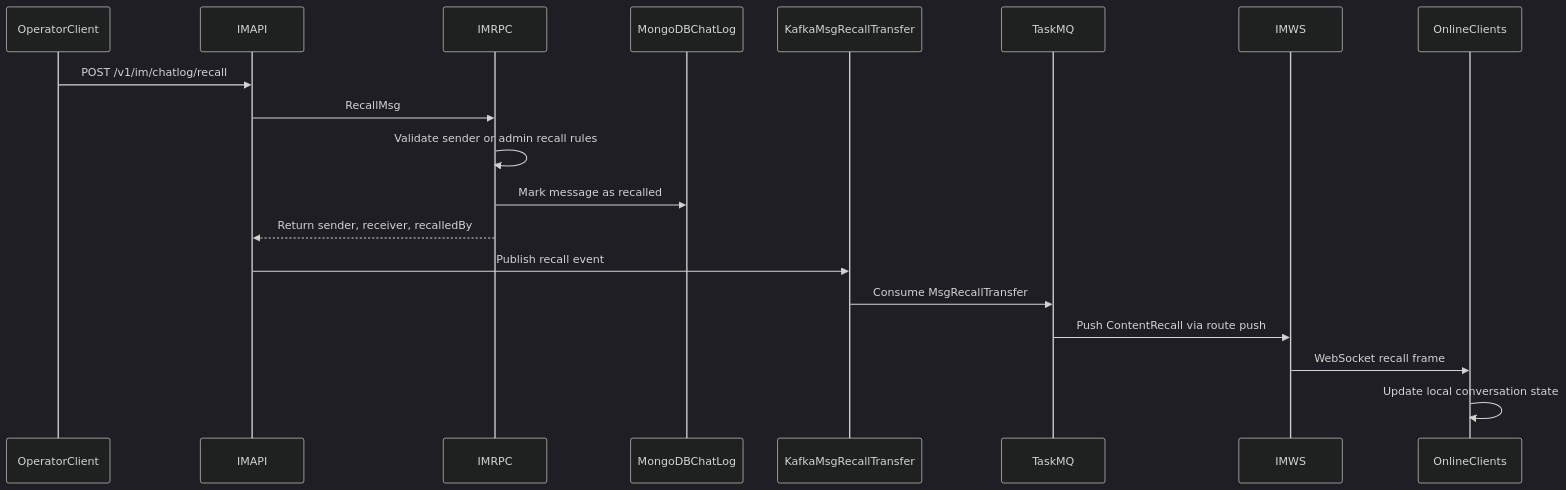
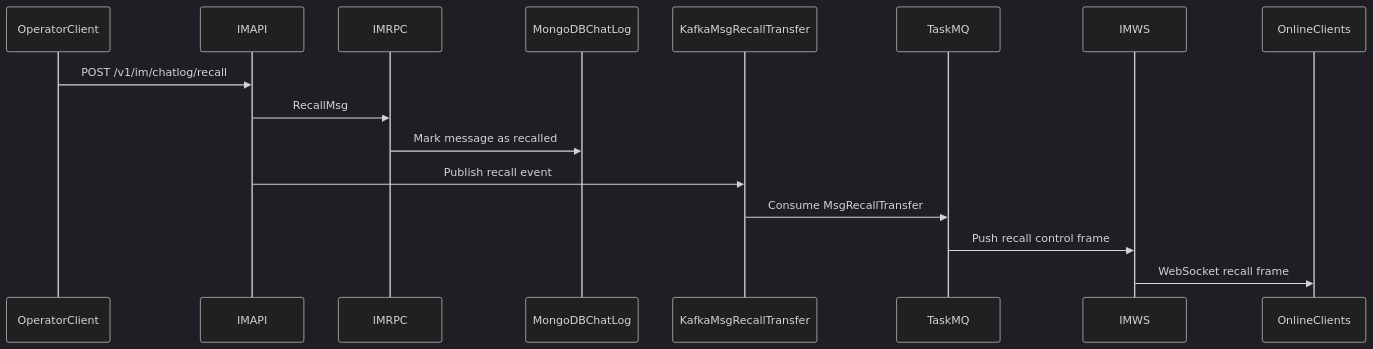
Before and after one commit to iceymoss/go-hichat-api: the third of 4 diagrams in README.md, drawn with Mermaid (dark theme). The commit also changed other lines of this file and 1 other file, not shown here.

Commit message:
docs: improve README architecture overview

````diff
--- a/README.md
+++ b/README.md
@@ -267,13 +131,10 @@
 ```mermaid
 sequenceDiagram
   OperatorClient->>IMAPI: POST /v1/im/chatlog/recall
   IMAPI->>IMRPC: RecallMsg
-  IMRPC->>IMRPC: Validate sender or admin recall rules
   IMRPC->>MongoDBChatLog: Mark message as recalled
-  IMRPC-->>IMAPI: Return sender, receiver, recalledBy
   IMAPI->>KafkaMsgRecallTransfer: Publish recall event
   KafkaMsgRecallTransfer->>TaskMQ: Consume MsgRecallTransfer
-  TaskMQ->>IMWS: Push ContentRecall via route push
+  TaskMQ->>IMWS: Push recall control frame
   IMWS->>OnlineClients: WebSocket recall frame
-  OnlineClients->>OnlineClients: Update local conversation state
 ```
````
